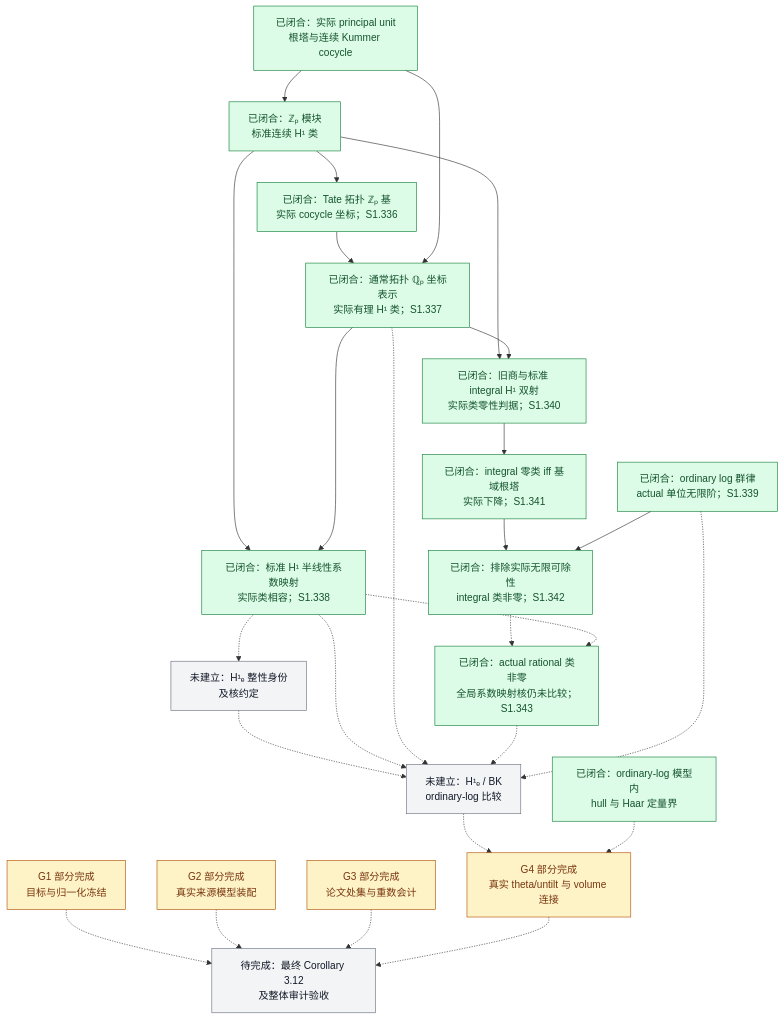
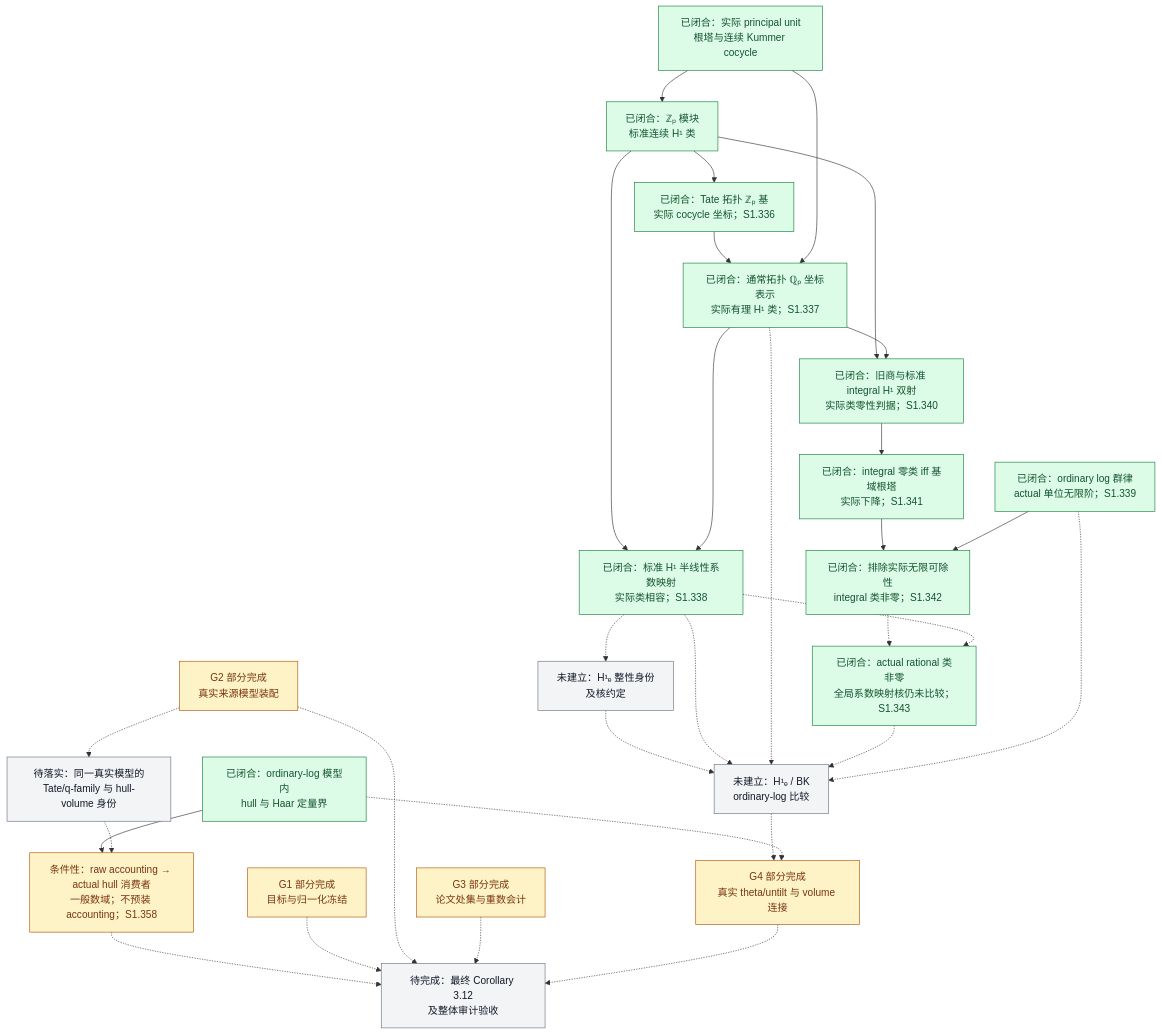
The diagram in docs/Scene1进度总览.md (Ember-Institute/KirtiJoshi-abc), drawn with Mermaid before and after one commit. The commit also changed other lines of this file and 4 other files, not shown here.

````diff
--- a/docs/Scene1进度总览.md
+++ b/docs/Scene1进度总览.md
@@ -75,55 +75,62 @@
 ```mermaid
 flowchart TD
     K["已闭合：实际 principal unit<br/>根塔与连续 Kummer cocycle"]
     Z["已闭合：ℤₚ 模块<br/>标准连续 H¹ 类"]
     T["已闭合：Tate 拓扑 ℤₚ 基<br/>实际 cocycle 坐标；S1.336"]
     Q["已闭合：通常拓扑 ℚₚ 坐标表示<br/>实际有理 H¹ 类；S1.337"]
     I["已闭合：标准 H¹ 半线性系数映射<br/>实际类相容；S1.338"]
     J["未建立：H¹ₑ 整性身份<br/>及核约定"]
     C0["已闭合：旧商与标准 integral H¹ 双射<br/>实际类零性判据；S1.340"]
     R0["已闭合：integral 零类 iff 基域根塔<br/>实际下降；S1.341"]
     N0["已闭合：排除实际无限可除性<br/>integral 类非零；S1.342"]
     NQ["已闭合：actual rational 类非零<br/>全局系数映射核仍未比较；S1.343"]
     B["未建立：H¹ₑ / BK<br/>ordinary-log 比较"]
     H["已闭合：ordinary-log 模型内<br/>hull 与 Haar 定量界"]
     L["已闭合：ordinary log 群律<br/>actual 单位无限阶；S1.339"]
     V["G4 部分完成<br/>真实 theta/untilt 与 volume 连接"]
     G1["G1 部分完成<br/>目标与归一化冻结"]
     G2["G2 部分完成<br/>真实来源模型装配"]
     G3["G3 部分完成<br/>论文处集与重数会计"]
+    RH["条件性：raw accounting → actual hull 消费者<br/>一般数域；不预装 accounting；S1.358"]
+    VH["待落实：同一真实模型的<br/>Tate/q-family 与 hull-volume 身份"]
     C["待完成：最终 Corollary 3.12<br/>及整体审计验收"]
 
     K --> Z
     Z --> T
     T --> Q
     K --> Q
     Z --> I
     Q --> I
     I -.-> J
     J -.-> B
     I -.-> B
     Q -.-> B
     Z --> C0
     Q --> C0
     C0 --> R0
     R0 --> N0
     L --> N0
     N0 -.-> NQ
     I -.-> NQ
     NQ -.-> B
     L -.-> B
     B -.-> V
     H -.-> V
+    H --> RH
+    G2 -.-> VH
+    VH -.-> RH
+    RH -.-> C
     G1 -.-> C
     G2 -.-> C
     G3 -.-> C
     V -.-> C
 
     classDef done fill:#dcfce7,stroke:#15803d,color:#14532d;
     classDef partial fill:#fef3c7,stroke:#b45309,color:#78350f;
     classDef open fill:#f3f4f6,stroke:#6b7280,color:#111827;
     class K,Z,T,Q,H,I,L,C0,R0,N0 done;
     class G1,G2,G3,V partial;
-    class J,B,C open;
+    class J,B,C,VH open;
+    class RH partial;
     class NQ done;
 ```
````
